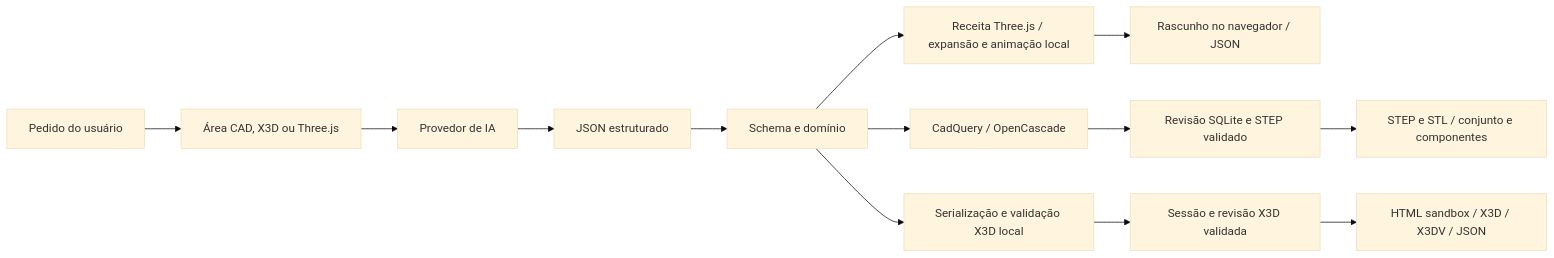
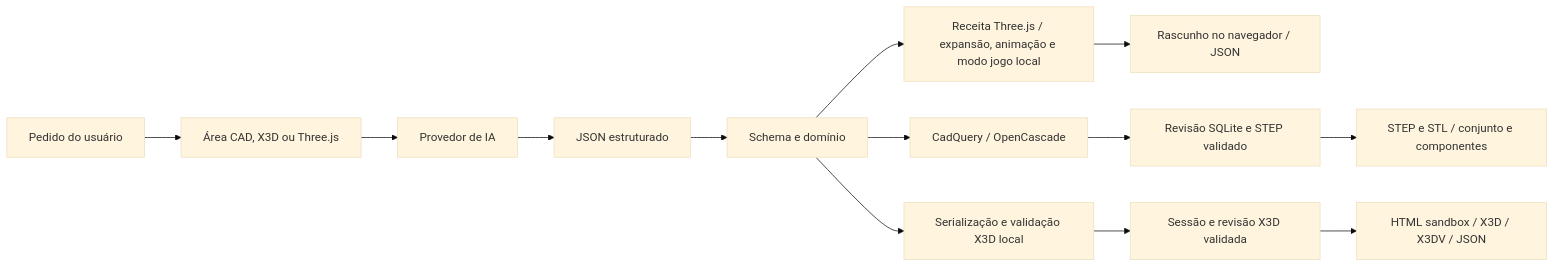
One commit to arthursantos67/MCPx3d changed the diagram in docs/architecture.md. Above: the diagram before and after it, drawn with Mermaid (base theme). The commit also changed other lines of this file and 136 other files, not shown here.

````diff
--- a/docs/architecture.md
+++ b/docs/architecture.md
@@ -35,15 +38,15 @@
 ```mermaid
 flowchart LR
   U[Pedido do usuário] --> W[Área CAD, X3D ou Three.js]
   W --> A[Provedor de IA]
   A --> J[JSON estruturado]
   J --> D[Schema e domínio]
   D --> C[CadQuery / OpenCascade]
   D --> X[Serialização e validação X3D local]
-  D --> T[Receita Three.js / expansão e animação local]
+  D --> T[Receita Three.js / expansão, animação e modo jogo local]
   T --> N[Rascunho no navegador / JSON]
   C --> S[Revisão SQLite e STEP validado]
   S --> E[STEP e STL / conjunto e componentes]
   X --> M[Sessão e revisão X3D validada]
   M --> V[HTML sandbox / X3D / X3DV / JSON]
 ```
````
